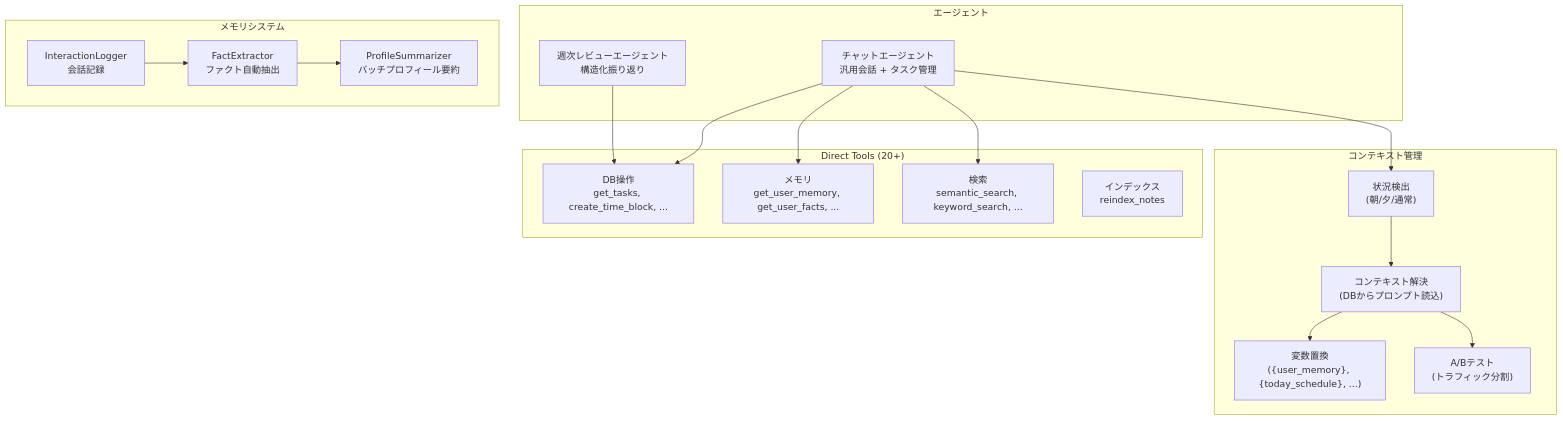
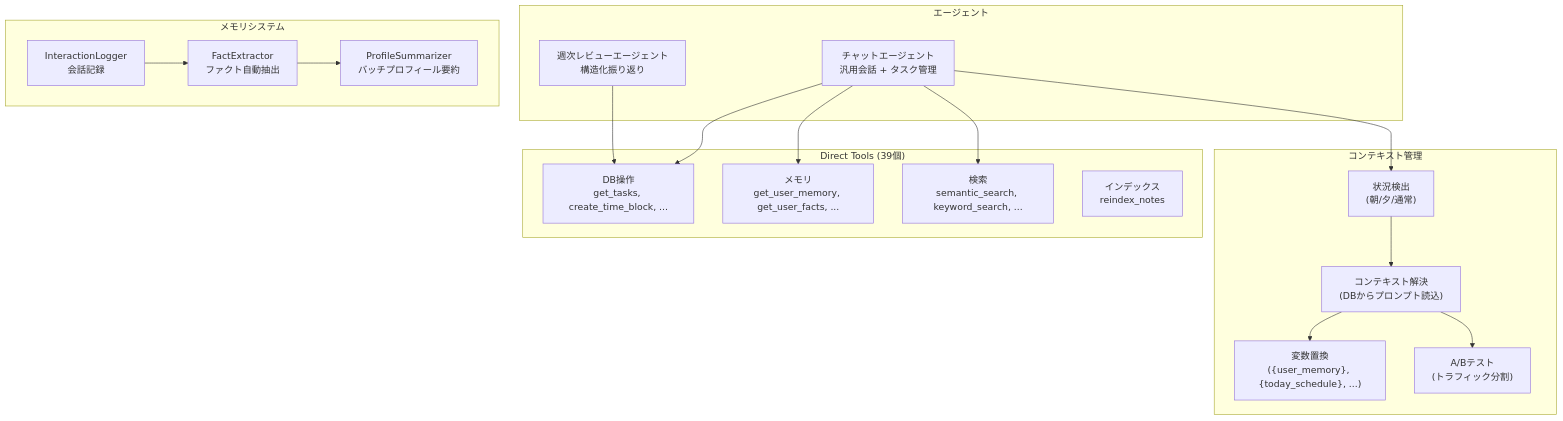
One commit to yu-min3/kensan changed the tenth of 12 diagrams in ARCHITECTURE.md. Above: the diagram before and after it, drawn with Mermaid. The commit also changed other lines of this file and 60 other files, not shown here.

````diff
--- a/ARCHITECTURE.md
+++ b/ARCHITECTURE.md
@@ -558,39 +559,39 @@
 ```mermaid
 graph TB
     subgraph "エージェント"
         Chat["チャットエージェント<br/>汎用会話 + タスク管理"]
         Review["週次レビューエージェント<br/>構造化振り返り"]
     end
 
     subgraph "コンテキスト管理"
         Detect["状況検出<br/>(朝/夕/通常)"]
         Resolve["コンテキスト解決<br/>(DBからプロンプト読込)"]
         Replace["変数置換<br/>({user_memory}, {today_schedule}, ...)"]
         AB["A/Bテスト<br/>(トラフィック分割)"]
     end
 
-    subgraph "Direct Tools (20+)"
+    subgraph "Direct Tools (39個)"
         DBTools["DB操作<br/>get_tasks, create_time_block, ..."]
         MemTools["メモリ<br/>get_user_memory, get_user_facts, ..."]
         SearchTools["検索<br/>semantic_search, keyword_search, ..."]
         IndexTools["インデックス<br/>reindex_notes"]
     end
 
     subgraph "メモリシステム"
         Logger["InteractionLogger<br/>会話記録"]
         Extractor["FactExtractor<br/>ファクト自動抽出"]
         Summarizer["ProfileSummarizer<br/>バッチプロフィール要約"]
     end
 
     Chat --> Detect
     Detect --> Resolve
     Resolve --> Replace
     Resolve --> AB
     Chat --> DBTools
     Chat --> MemTools
     Chat --> SearchTools
     Review --> DBTools
 
     Logger --> Extractor
     Extractor --> Summarizer
 ```
````
